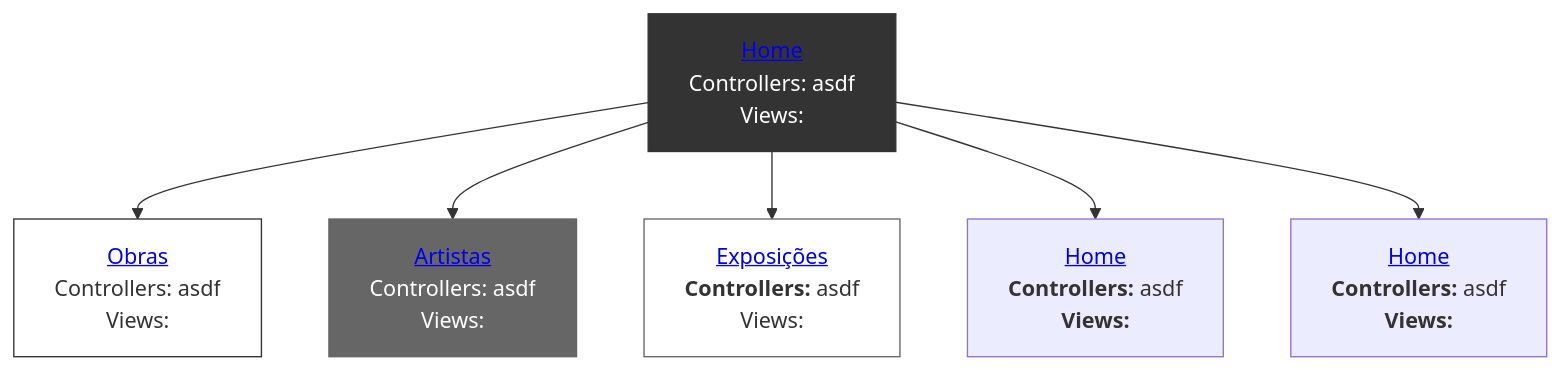
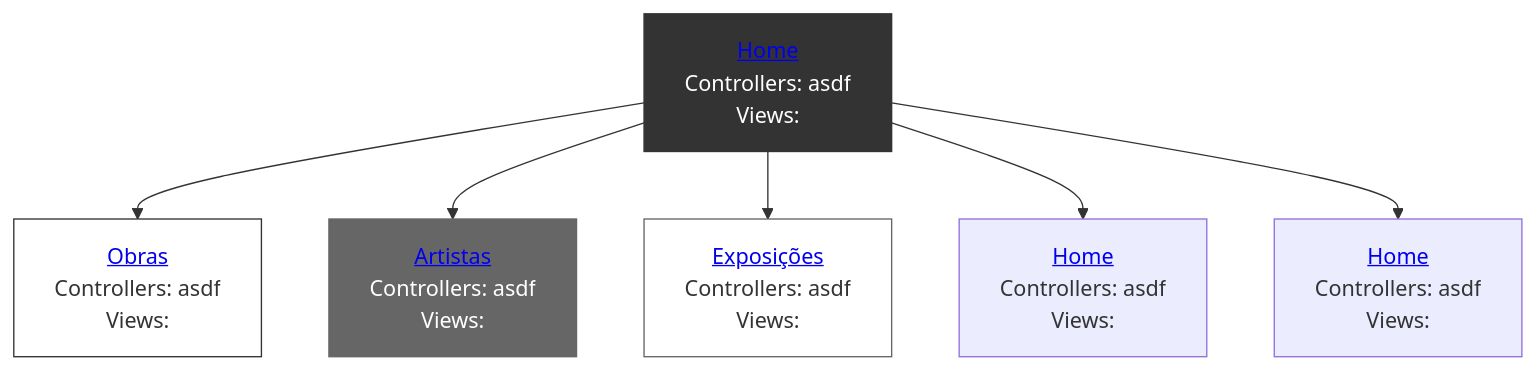
One commit to reynaldocv/macusp changed the diagram in README.md. Above: the diagram before and after it, drawn with Mermaid.

````diff
--- a/README.md
+++ b/README.md
@@ -245,23 +245,23 @@
 ```mermaid
 graph TD
     %% Parte superior e inferior del primer puesto
-    home["        <a href='http://143.107.130.173/admacervo/macusp/index.php'> Home </a>                 <br> Controllers: asdf <br> Views: "]
-    works["       <a href='http://143.107.130.173/admacervo/macusp/index.php/Intro/works'>Obras</a>      <br> Controllers: asdf <br> Views: "]
-    artists["     <a href='http://143.107.130.173/admacervo/macusp/index.php/Intro/artists'>Artistas</a>   <br> Controllers: asdf <br> Views:"]
-    exhibitions["  <a href='http://143.107.130.173/admacervo/macusp/index.php/Intro/exhibitions'>Exposições</a> <br> <strong> Controllers: </strong> asdf <br> Views:"]
-    search["  <a href='https://link.com'>Home</a> <br> <strong> Controllers: </strong> asdf <br> <strong> Views: </strong>"]
-    advancedSearch["<a href='https://link.com'>Home</a> <br> <strong> Controllers: </strong> asdf <br> <strong> Views: </strong>"]
+    home["           <a href='http://143.107.130.173/admacervo/macusp/index.php'> Home </a>                 <br> Controllers: asdf <br> Views: "]
+    works["          <a href='http://143.107.130.173/admacervo/macusp/index.php/Intro/works'>Obras</a>      <br> Controllers: asdf <br> Views: "]
+    artists["        <a href='http://143.107.130.173/admacervo/macusp/index.php/Intro/artists'>Artistas</a>   <br> Controllers: asdf <br> Views:"]
+    exhibitions["    <a href='http://143.107.130.173/admacervo/macusp/index.php/Intro/exhibitions'>Exposições</a> <br>  Controllers: asdf <br> Views:"]
+    search["         <a href='https://link.com'>Home</a> <br>  Controllers: asdf <br>  Views: "]
+    advancedSearch[" <a href='https://link.com'>Home</a> <br>  Controllers: </strong> asdf <br>  Views: "]
     
     %% Conexión del organigrama (une la parte inferior de uno con la superior del otro)
     home --> works
     home --> artists
     home --> exhibitions
     home --> search
     home --> advancedSearch
 
     %% Estilos para que parezcan una sola pieza
     style home fill:#333,stroke:#333,color:#fff
     style works fill:#fff,stroke:#333
     style artists fill:#666,stroke:#666,color:#fff
     style exhibitions fill:#fff,stroke:#666
 ```
````
